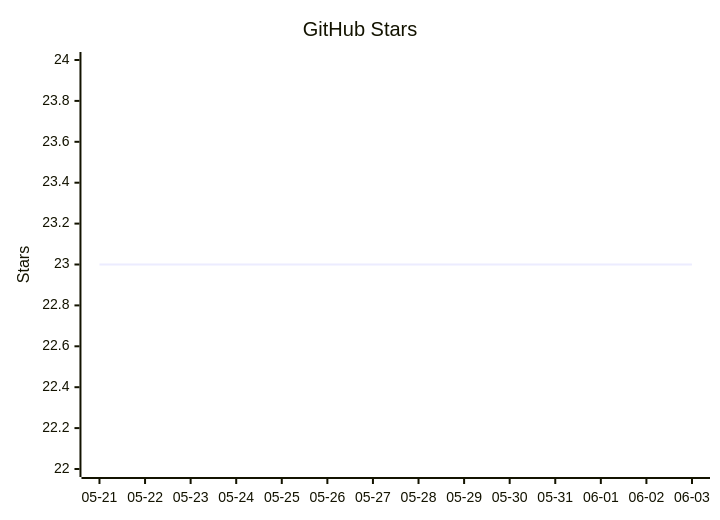
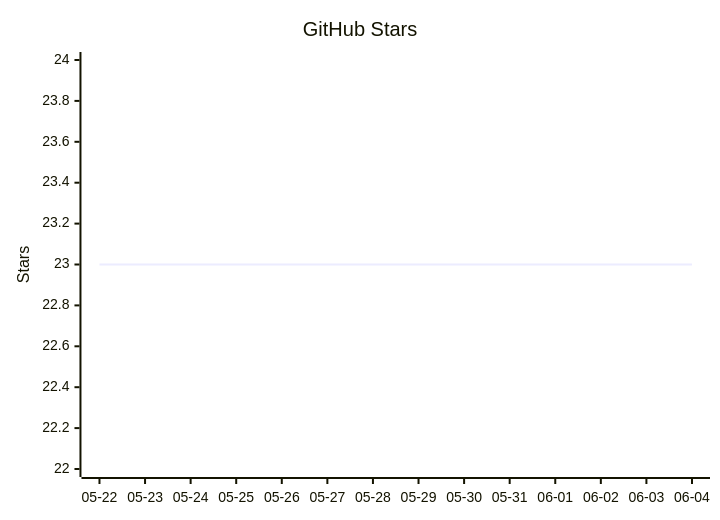
Before and after one commit to vectie/moonclaw: the diagram in README.mbt.md, drawn with Mermaid. The commit also changed other lines of this file and 1 other file, not shown here.

Commit message:
Update README star growth

````diff
--- a/README.mbt.md
+++ b/README.mbt.md
@@ -490,7 +490,7 @@
 ```mermaid
 xychart-beta
     title "GitHub Stars"
-    x-axis ["05-21","05-22","05-23","05-24","05-25","05-26","05-27","05-28","05-29","05-30","05-31","06-01","06-02","06-03"]
+    x-axis ["05-22","05-23","05-24","05-25","05-26","05-27","05-28","05-29","05-30","05-31","06-01","06-02","06-03","06-04"]
     y-axis "Stars" 22 --> 24
     line [23,23,23,23,23,23,23,23,23,23,23,23,23,23]
 ```
````
